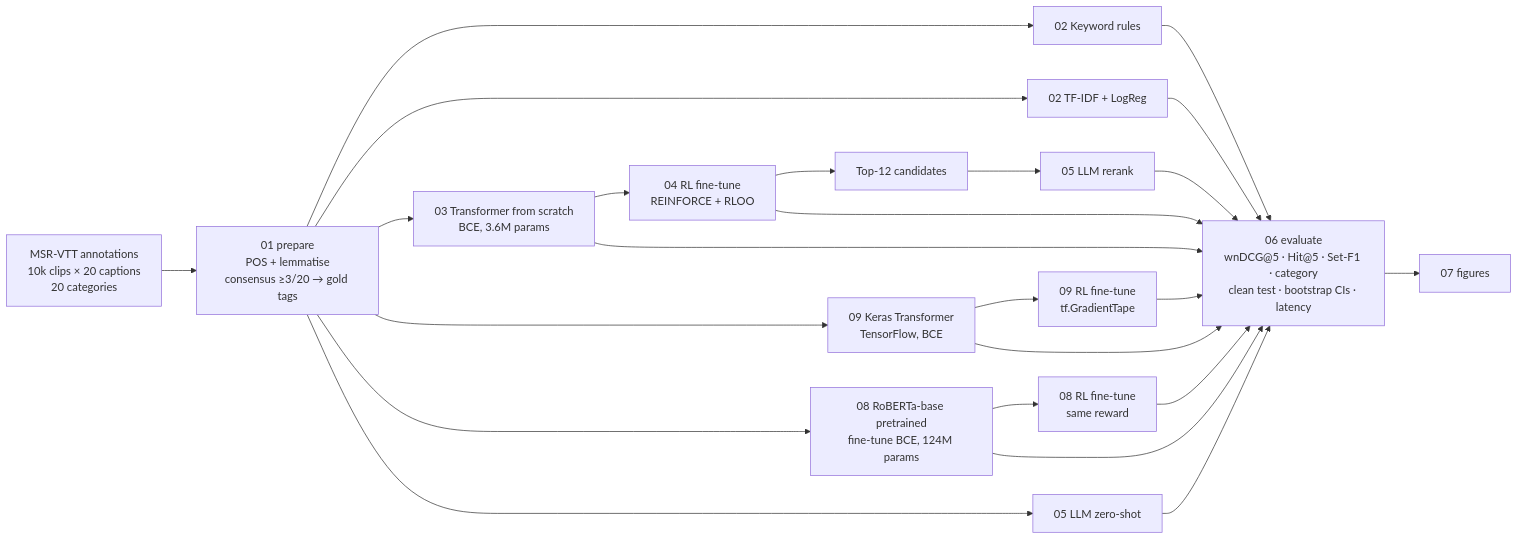
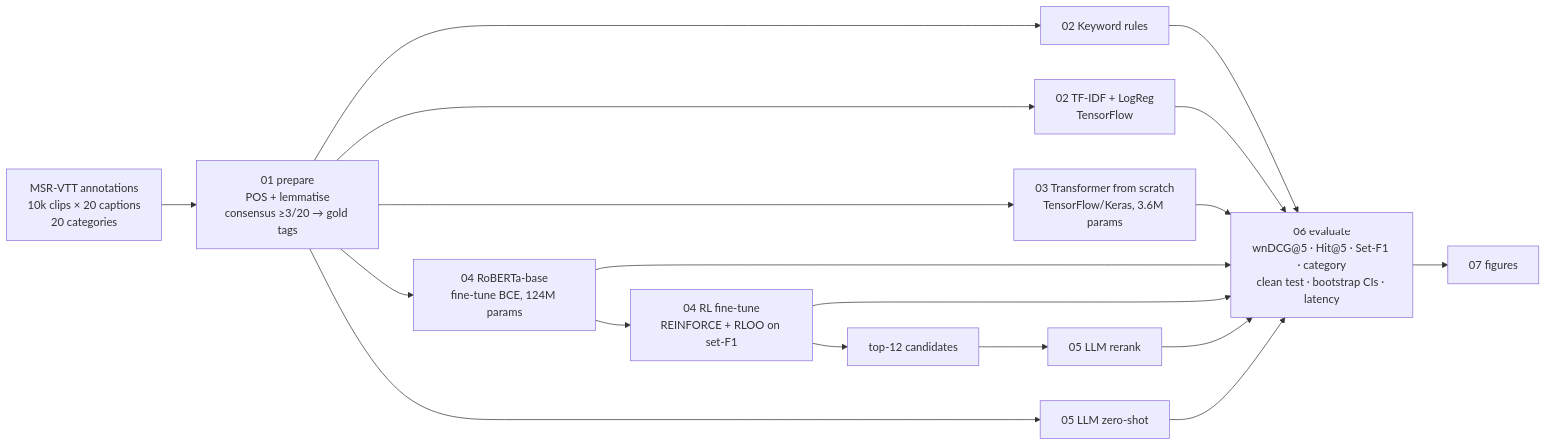
One commit to phongvo2006-dev/video_hashtag_llm_Phase-1 changed the diagram in README.md. Above: the diagram before and after it, drawn with Mermaid. The commit also changed other lines of this file and 39 other files, not shown here.

First line of the commit message:
Final lineup: keyword, TF-IDF LogReg (TF), Keras Transformer, RoBERTa (+RL), LLM; trade-off discussion

````diff
--- a/README.md
+++ b/README.md
@@ -79,17 +79,14 @@
 ```mermaid
 flowchart LR
     A[MSR-VTT annotations<br/>10k clips × 20 captions<br/>20 categories] --> B[01 prepare<br/>POS + lemmatise<br/>consensus ≥3/20 → gold tags]
     B --> C0[02 Keyword rules]
-    B --> C1[02 TF-IDF + LogReg]
-    B --> C2[03 Transformer from scratch<br/>BCE, 3.6M params]
-    C2 --> D[04 RL fine-tune<br/>REINFORCE + RLOO]
-    B --> K1[09 Keras Transformer<br/>TensorFlow, BCE]
-    K1 --> K2[09 RL fine-tune<br/>tf.GradientTape]
-    B --> R1[08 RoBERTa-base pretrained<br/>fine-tune BCE, 124M params]
-    R1 --> R2[08 RL fine-tune<br/>same reward]
-    D --> E[Top-12 candidates]
+    B --> C1[02 TF-IDF + LogReg<br/>TensorFlow]
+    B --> C2[03 Transformer from scratch<br/>TensorFlow/Keras, 3.6M params]
+    B --> R1[04 RoBERTa-base<br/>fine-tune BCE, 124M params]
+    R1 --> R2[04 RL fine-tune<br/>REINFORCE + RLOO on set-F1]
+    R2 --> E[top-12 candidates]
     E --> F[05 LLM rerank]
     B --> G[05 LLM zero-shot]
-    C0 & C1 & C2 & D & K1 & K2 & R1 & R2 & F & G --> H[06 evaluate<br/>wnDCG@5 · Hit@5 · Set-F1 · category<br/>clean test · bootstrap CIs · latency]
+    C0 & C1 & C2 & R1 & R2 & F & G --> H[06 evaluate<br/>wnDCG@5 · Hit@5 · Set-F1 · category<br/>clean test · bootstrap CIs · latency]
     H --> I[07 figures]
 ```
````
